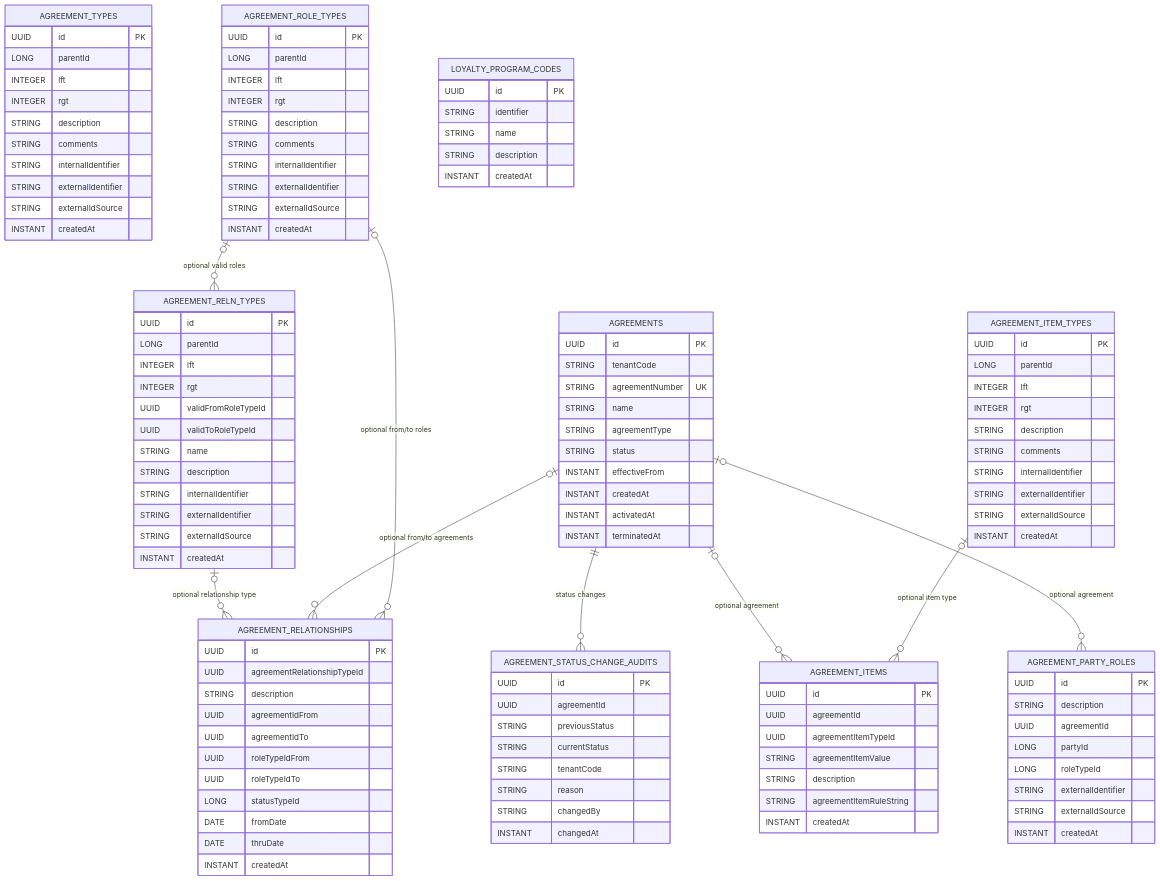
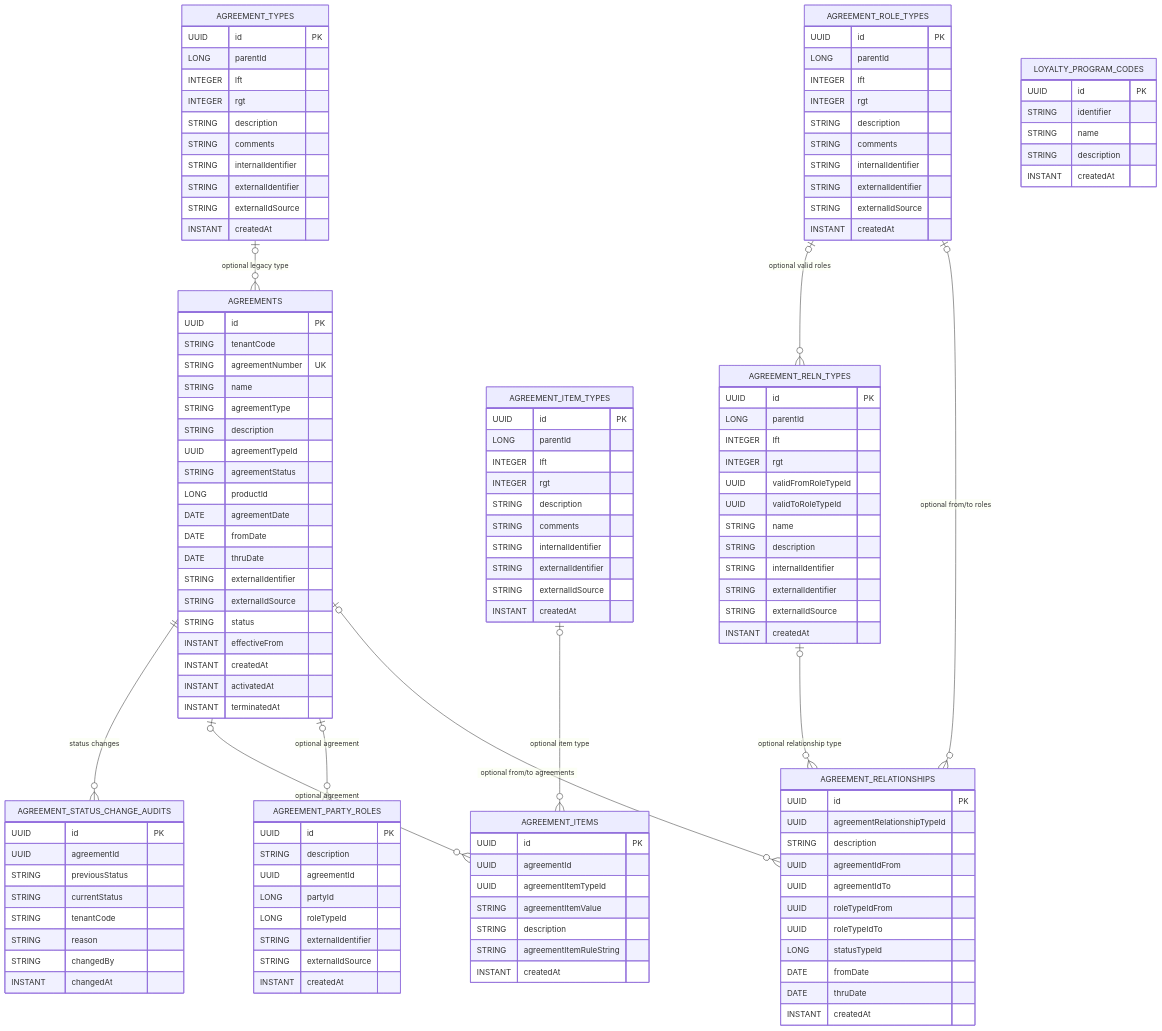
The diagram in docs/agreements-data-model.md (ArcanaERP/platform), drawn with Mermaid before and after one commit. The commit also changed other lines of this file and 9 other files, not shown here.

```diff
--- a/docs/agreements-data-model.md
+++ b/docs/agreements-data-model.md
@@ -12,6 +12,15 @@
       STRING agreementNumber UK
       STRING name
       STRING agreementType
+      STRING description
+      UUID agreementTypeId
+      STRING agreementStatus
+      LONG productId
+      DATE agreementDate
+      DATE fromDate
+      DATE thruDate
+      STRING externalIdentifier
+      STRING externalIdSource
       STRING status
       INSTANT effectiveFrom
       INSTANT createdAt
@@ -118,6 +127,7 @@
       INSTANT createdAt
     }
     AGREEMENTS ||--o{ AGREEMENT_STATUS_CHANGE_AUDITS : "status changes"
+    AGREEMENT_TYPES o|--o{ AGREEMENTS : "optional legacy type"
     AGREEMENTS o|--o{ AGREEMENT_ITEMS : "optional agreement"
     AGREEMENT_ITEM_TYPES o|--o{ AGREEMENT_ITEMS : "optional item type"
     AGREEMENTS o|--o{ AGREEMENT_PARTY_ROLES : "optional agreement"
```
